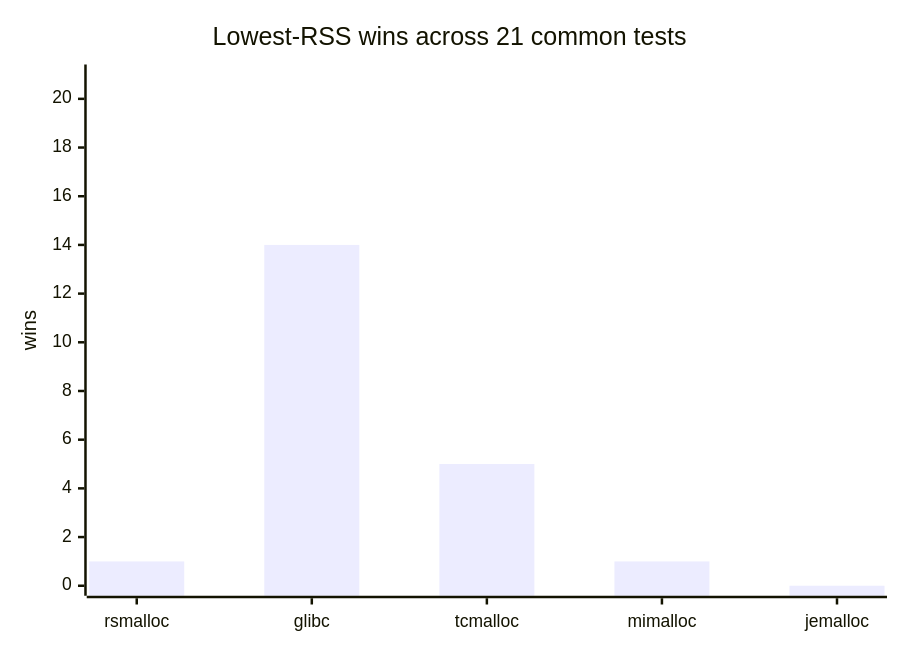
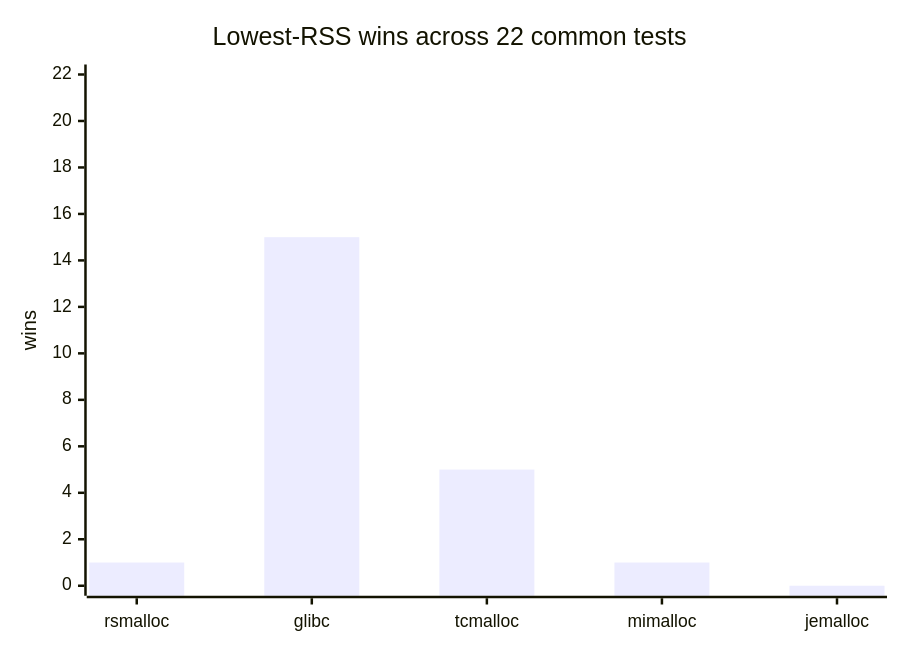
The second of 8 diagrams in benchmarks/benchmarks.md (Metehan120/rsmalloc), drawn with Mermaid before and after one commit. The commit also changed other lines of this file and 1 other file, not shown here.

````diff
--- a/benchmarks/benchmarks.md
+++ b/benchmarks/benchmarks.md
@@ -88,7 +88,7 @@
 ```mermaid
 xychart-beta
-    title "Lowest-RSS wins across 21 common tests"
+    title "Lowest-RSS wins across 22 common tests"
     x-axis [rsmalloc, glibc, tcmalloc, mimalloc, jemalloc]
-    y-axis "wins" 0 --> 21
-    bar [1, 14, 5, 1, 0]
+    y-axis "wins" 0 --> 22
+    bar [1, 15, 5, 1, 0]
 ```
````
